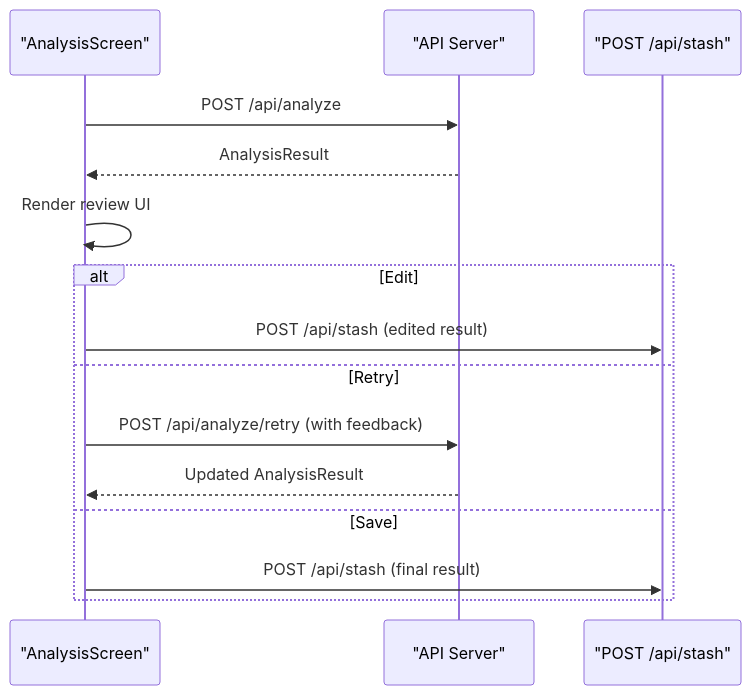
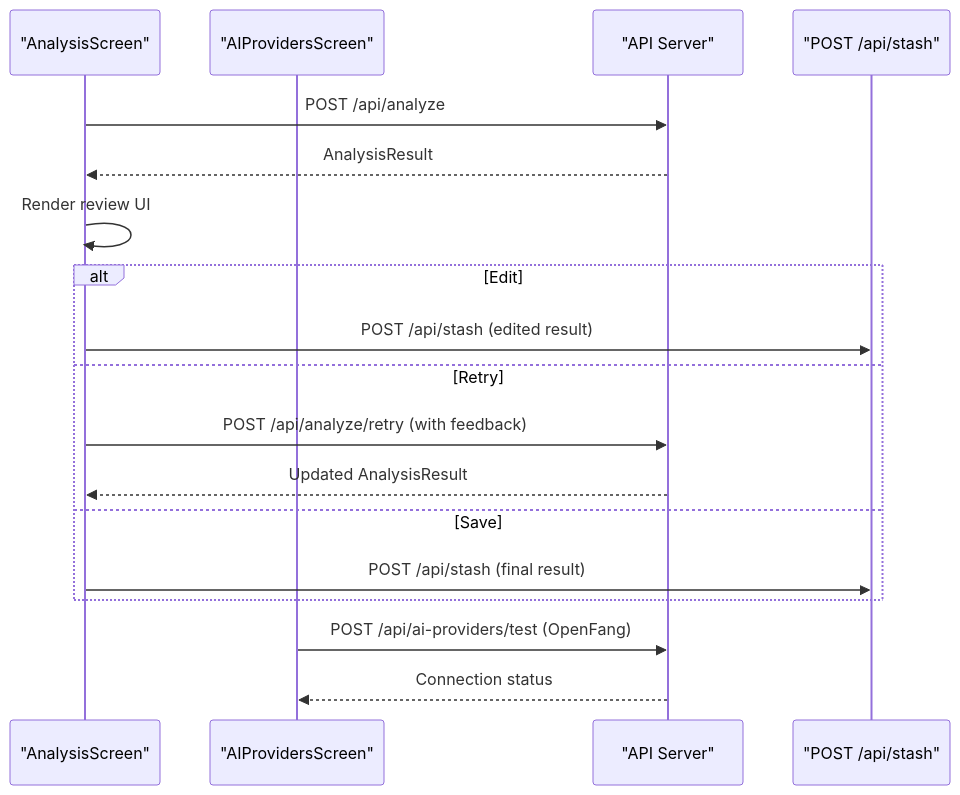
Before and after one commit to hunglevi87/Hidden-Gem: the ninth of 10 diagrams in .qoder/repowiki/en/content/Backend Services/API Endpoints/Analysis Endpoints.md, drawn with Mermaid. The commit also changed other lines of this file and 5 other files, not shown here.

````diff
--- a/.qoder/repowiki/en/content/Backend Services/API Endpoints/Analysis Endpoints.md
+++ b/.qoder/repowiki/en/content/Backend Services/API Endpoints/Analysis Endpoints.md
@@ -337,17 +467,20 @@
 ```mermaid
 sequenceDiagram
 participant Screen as "AnalysisScreen"
+participant ProvidersScreen as "AIProvidersScreen"
 participant API as "API Server"
 participant Stash as "POST /api/stash"
 Screen->>API : POST /api/analyze
 API-->>Screen : AnalysisResult
 Screen->>Screen : Render review UI
 alt Edit
 Screen->>Stash : POST /api/stash (edited result)
 else Retry
 Screen->>API : POST /api/analyze/retry (with feedback)
 API-->>Screen : Updated AnalysisResult
 else Save
 Screen->>Stash : POST /api/stash (final result)
 end
+ProvidersScreen->>API : POST /api/ai-providers/test (OpenFang)
+API-->>ProvidersScreen : Connection status
 ```
````
